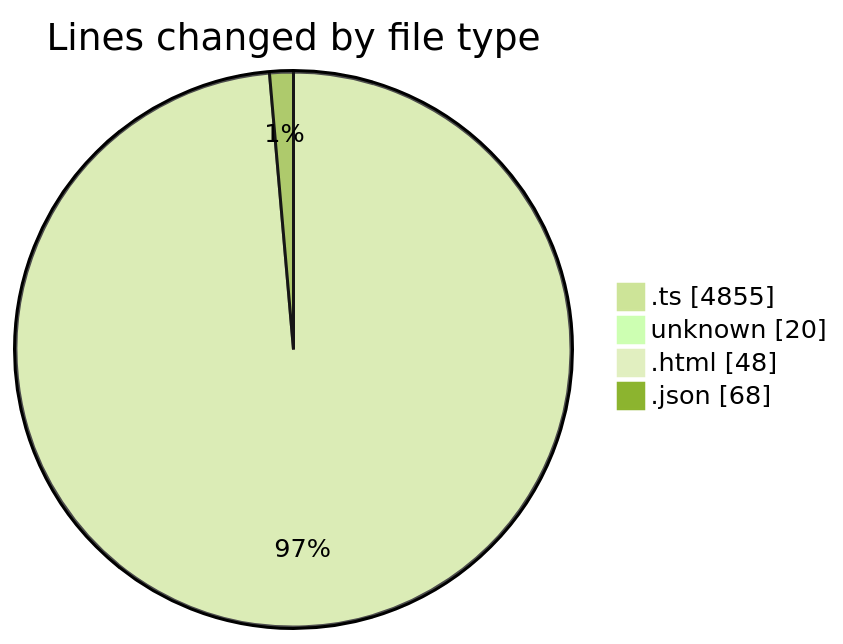
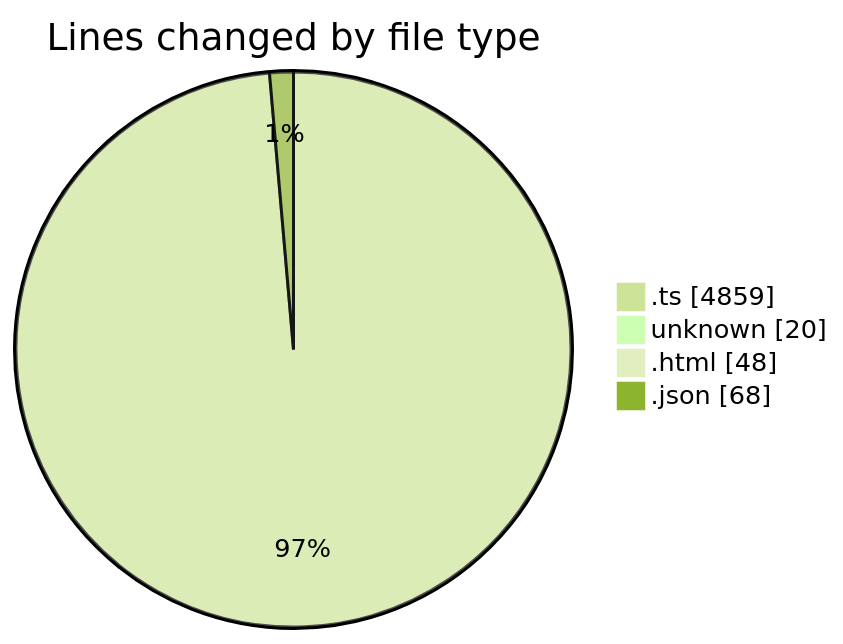
One commit to tmsrecording-cyber/code-tracking changed the first of 2 diagrams in 2026-02-06/singularitybrainai/README.md. Above: the diagram before and after it, drawn with Mermaid (forest theme). The commit also changed other lines of this file and 1 other file, not shown here.

````diff
--- a/2026-02-06/singularitybrainai/README.md
+++ b/2026-02-06/singularitybrainai/README.md
@@ -31,8 +31,8 @@
 ```mermaid
 pie showData
 title Lines changed by file type
-".ts" : 4855
+".ts" : 4859
 "unknown" : 20
 ".html" : 48
 ".json" : 68
 ```
````
